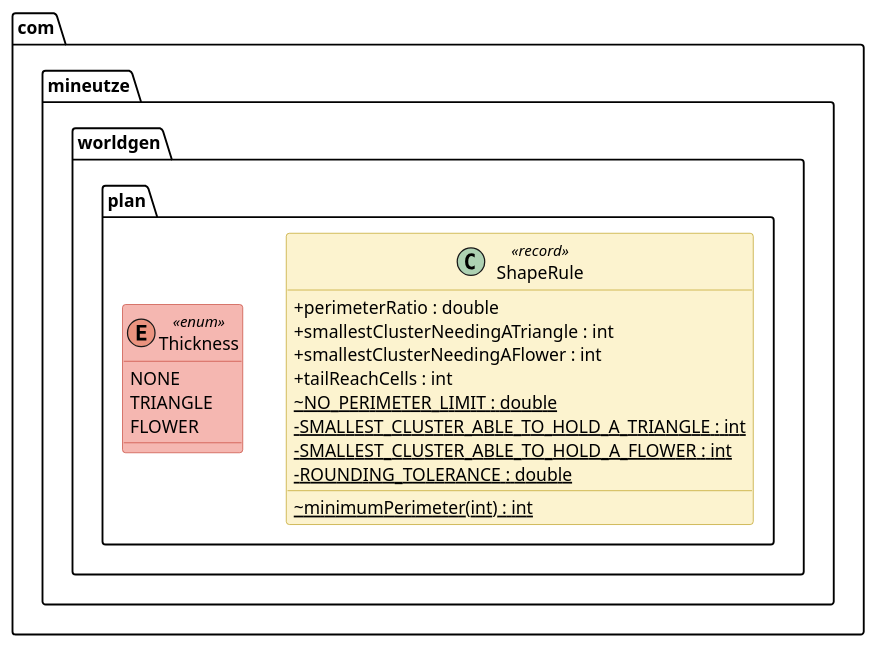
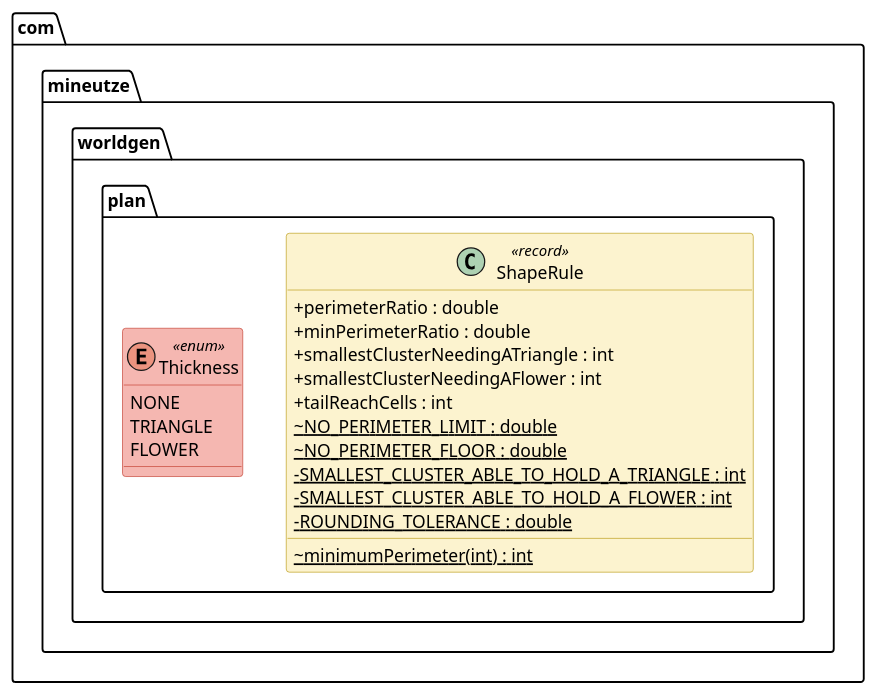
The diagram in companion-mods/mineutze-worldgen/doc/Modelisation/ClassDiagram/com/mineutze/worldgen/plan/ShapeRule.puml (Boulede987/Mine-Utz), drawn with PlantUML before and after one commit. The commit also changed 117 other files, not shown here.

First line of the commit message:
docs(worldgen): regenerate class diagrams from current code

```diff
--- a/companion-mods/mineutze-worldgen/doc/Modelisation/ClassDiagram/com/mineutze/worldgen/plan/ShapeRule.puml
+++ b/companion-mods/mineutze-worldgen/doc/Modelisation/ClassDiagram/com/mineutze/worldgen/plan/ShapeRule.puml
@@ -1,51 +1,53 @@
 @startuml ShapeRule
 
 skinparam classAttributeIconSize 0
 skinparam shadowing false
 
 skinparam class {
   BackgroundColor<<interface>> #D6EAF8
   BorderColor<<interface>> #2E86C1
 }
 skinparam class {
   BackgroundColor<<abstract>> #E8DAEF
   BorderColor<<abstract>> #8E44AD
 }
 skinparam class {
   BackgroundColor #D5F5E3
   BorderColor #27AE60
 }
 skinparam class {
   BackgroundColor<<record>> #FCF3CF
   BorderColor<<record>> #B7950B
 }
 skinparam class {
   BackgroundColor<<static>> #a7faa0
   BorderColor<<static>> #38d610
 }
 skinparam class {
   BackgroundColor<<enum>> #F5B7B1
   BorderColor<<enum>> #C0392B
 }
 
 namespace com.mineutze.worldgen.plan {
 class ShapeRule <<record>> {
   + perimeterRatio : double
+  + minPerimeterRatio : double
   + smallestClusterNeedingATriangle : int
   + smallestClusterNeedingAFlower : int
   + tailReachCells : int
   ~ {static} NO_PERIMETER_LIMIT : double
+  ~ {static} NO_PERIMETER_FLOOR : double
   - {static} SMALLEST_CLUSTER_ABLE_TO_HOLD_A_TRIANGLE : int
   - {static} SMALLEST_CLUSTER_ABLE_TO_HOLD_A_FLOWER : int
   - {static} ROUNDING_TOLERANCE : double
   ~ {static} minimumPerimeter(int) : int
 }
 enum Thickness <<enum>> {
   NONE
   TRIANGLE
   FLOWER
 }
 }
 
 
 @enduml
```
